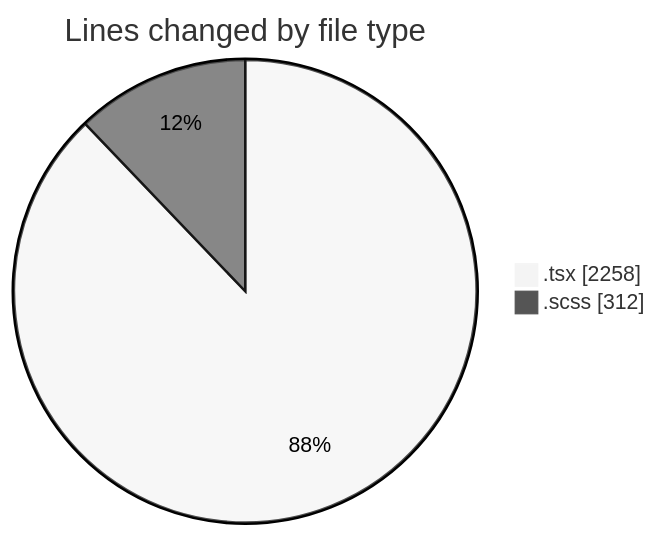
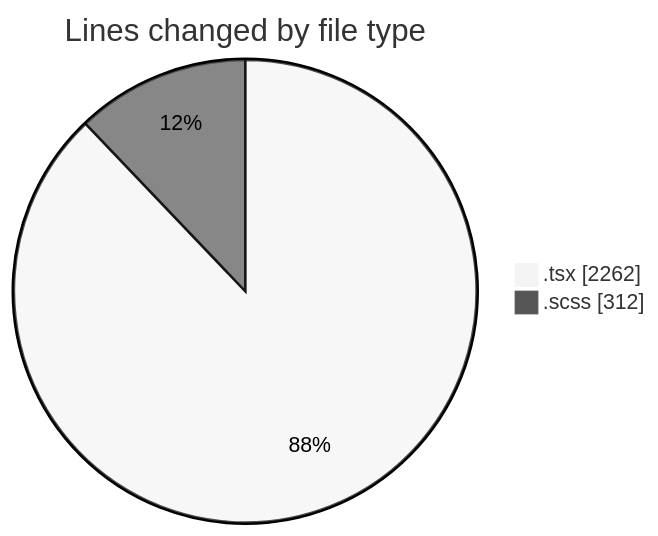
One commit to momahboobian/code-tracking changed the first of 2 diagrams in 2025-09-30/cda/README.md. Above: the diagram before and after it, drawn with Mermaid (neutral theme). The commit also changed other lines of this file and 1 other file, not shown here.

````diff
--- a/2025-09-30/cda/README.md
+++ b/2025-09-30/cda/README.md
@@ -23,6 +23,6 @@
 ```mermaid
 pie showData
 title Lines changed by file type
-".tsx" : 2258
+".tsx" : 2262
 ".scss" : 312
 ```
````
